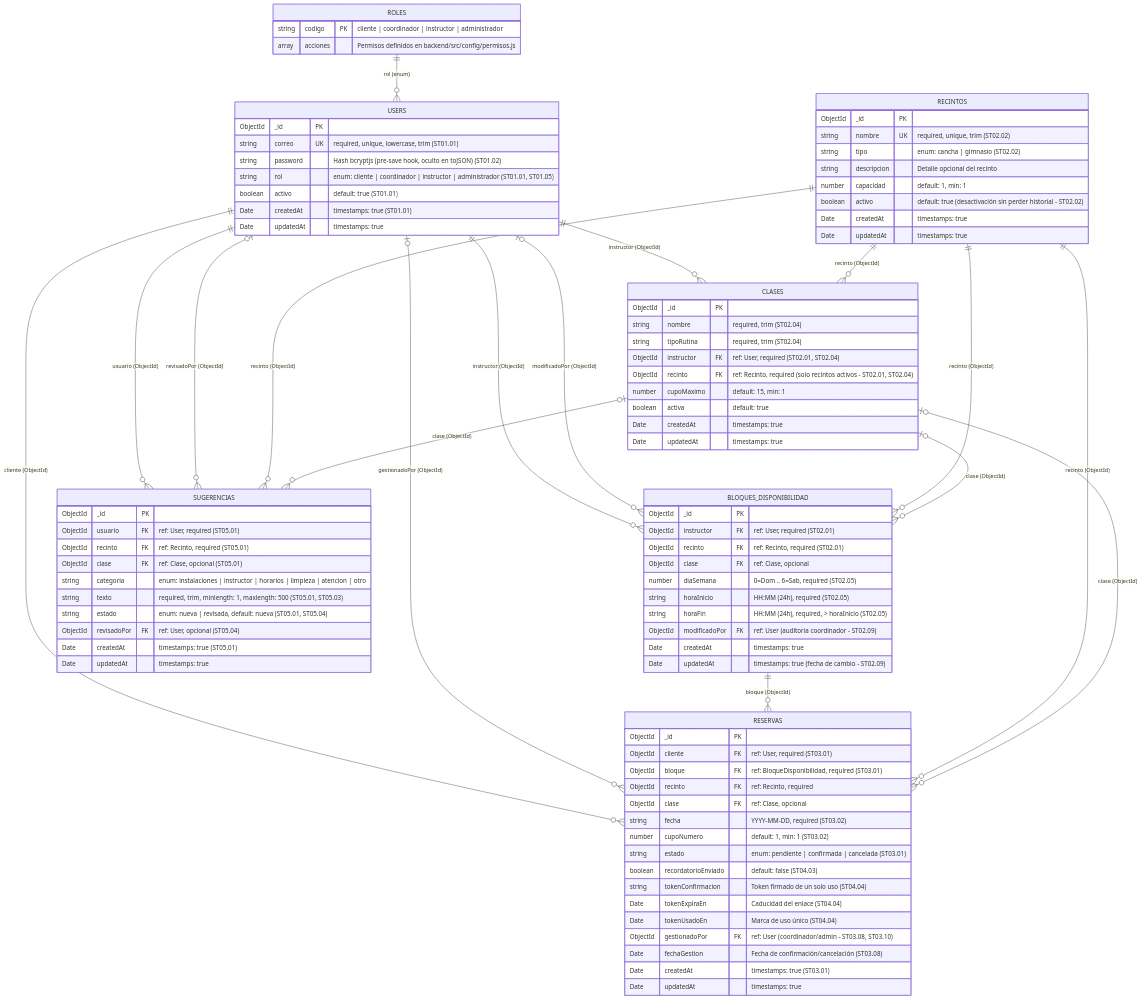
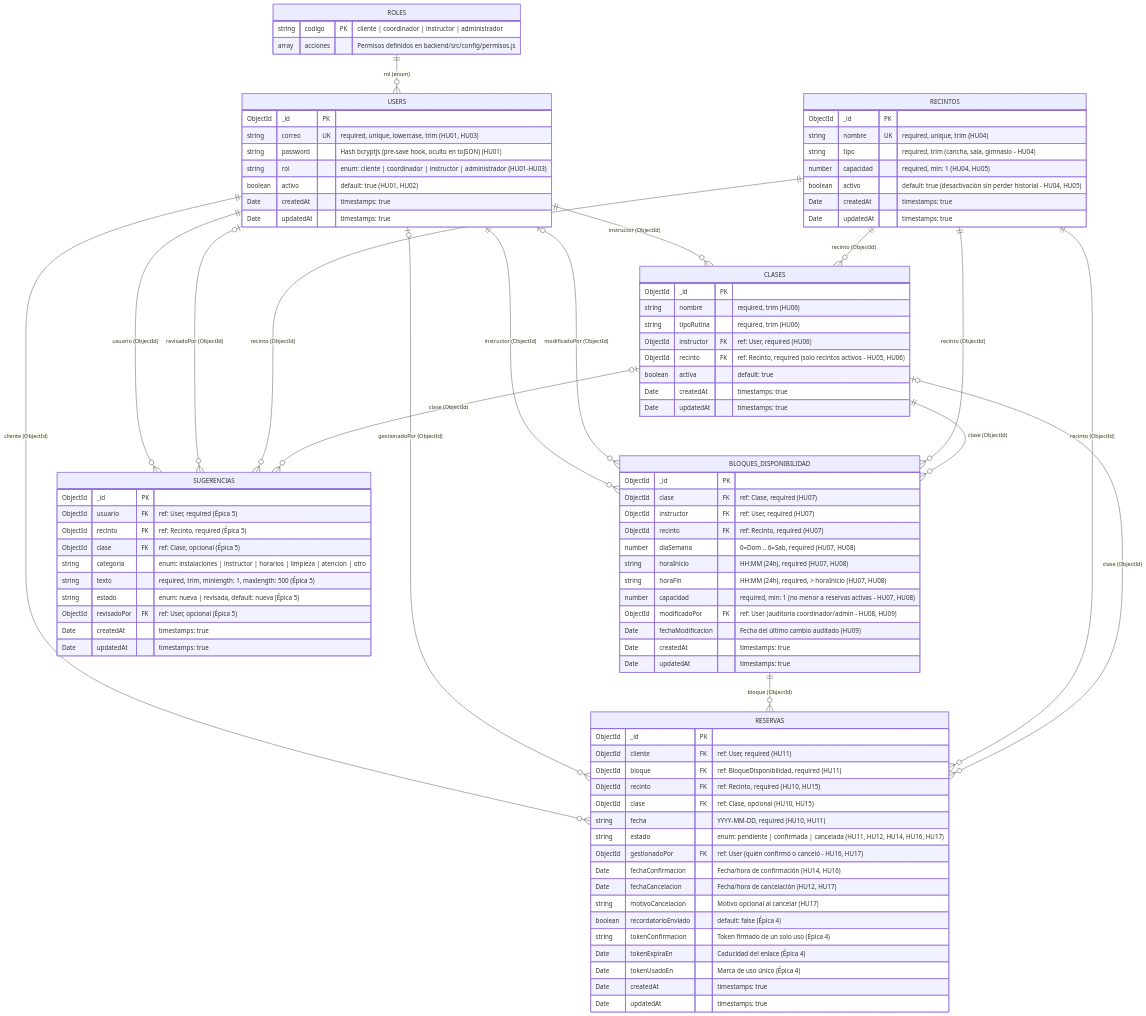
The second of 2 diagrams in docs/modelo_entidad_relacion.md (jlconcepcion/Grupo1_4taCohorte_DesarrolloDeSoftware), drawn with Mermaid before and after one commit. The commit also changed other lines of this file and 24 other files, not shown here.

Commit message:
feat(ST02.01-ST02.11): implementar Sprint 2 gestion de recintos, clases y bloques de horarios (HU04-HU09) y actualizar READMEs

````diff
--- a/docs/modelo_entidad_relacion.md
+++ b/docs/modelo_entidad_relacion.md
@@ -40,7 +40,7 @@
     USERS ||--o{ BLOQUES_DISPONIBILIDAD : "instructor (ObjectId)"
     USERS |o--o{ BLOQUES_DISPONIBILIDAD : "modificadoPor (ObjectId)"
     RECINTOS ||--o{ BLOQUES_DISPONIBILIDAD : "recinto (ObjectId)"
-    CLASES |o--o{ BLOQUES_DISPONIBILIDAD : "clase (ObjectId)"
+    CLASES ||--o{ BLOQUES_DISPONIBILIDAD : "clase (ObjectId)"
     USERS ||--o{ RESERVAS : "cliente (ObjectId)"
     USERS |o--o{ RESERVAS : "gestionadoPor (ObjectId)"
     BLOQUES_DISPONIBILIDAD ||--o{ RESERVAS : "bloque (ObjectId)"
@@ -58,32 +58,30 @@
 
     USERS {
         ObjectId _id PK
-        string correo UK "required, unique, lowercase, trim (ST01.01)"
-        string password "Hash bcryptjs (pre-save hook, oculto en toJSON) (ST01.02)"
-        string rol "enum: cliente | coordinador | instructor | administrador (ST01.01, ST01.05)"
-        boolean activo "default: true (ST01.01)"
-        Date createdAt "timestamps: true (ST01.01)"
+        string correo UK "required, unique, lowercase, trim (HU01, HU03)"
+        string password "Hash bcryptjs (pre-save hook, oculto en toJSON) (HU01)"
+        string rol "enum: cliente | coordinador | instructor | administrador (HU01-HU03)"
+        boolean activo "default: true (HU01, HU02)"
+        Date createdAt "timestamps: true"
         Date updatedAt "timestamps: true"
     }
 
     RECINTOS {
         ObjectId _id PK
-        string nombre UK "required, unique, trim (ST02.02)"
-        string tipo "enum: cancha | gimnasio (ST02.02)"
-        string descripcion "Detalle opcional del recinto"
-        number capacidad "default: 1, min: 1"
-        boolean activo "default: true (desactivación sin perder historial - ST02.02)"
+        string nombre UK "required, unique, trim (HU04)"
+        string tipo "required, trim (cancha, sala, gimnasio - HU04)"
+        number capacidad "required, min: 1 (HU04, HU05)"
+        boolean activo "default: true (desactivación sin perder historial - HU04, HU05)"
         Date createdAt "timestamps: true"
         Date updatedAt "timestamps: true"
     }
 
     CLASES {
         ObjectId _id PK
-        string nombre "required, trim (ST02.04)"
-        string tipoRutina "required, trim (ST02.04)"
-        ObjectId instructor FK "ref: User, required (ST02.01, ST02.04)"
-        ObjectId recinto FK "ref: Recinto, required (solo recintos activos - ST02.01, ST02.04)"
-        number cupoMaximo "default: 15, min: 1"
+        string nombre "required, trim (HU06)"
+        string tipoRutina "required, trim (HU06)"
+        ObjectId instructor FK "ref: User, required (HU06)"
+        ObjectId recinto FK "ref: Recinto, required (solo recintos activos - HU05, HU06)"
         boolean activa "default: true"
         Date createdAt "timestamps: true"
         Date updatedAt "timestamps: true"
@@ -91,46 +89,49 @@
 
     BLOQUES_DISPONIBILIDAD {
         ObjectId _id PK
-        ObjectId instructor FK "ref: User, required (ST02.01)"
-        ObjectId recinto FK "ref: Recinto, required (ST02.01)"
-        ObjectId clase FK "ref: Clase, opcional"
-        number diaSemana "0=Dom .. 6=Sab, required (ST02.05)"
-        string horaInicio "HH:MM (24h), required (ST02.05)"
-        string horaFin "HH:MM (24h), required, > horaInicio (ST02.05)"
-        ObjectId modificadoPor FK "ref: User (auditoría coordinador - ST02.09)"
+        ObjectId clase FK "ref: Clase, required (HU07)"
+        ObjectId instructor FK "ref: User, required (HU07)"
+        ObjectId recinto FK "ref: Recinto, required (HU07)"
+        number diaSemana "0=Dom .. 6=Sab, required (HU07, HU08)"
+        string horaInicio "HH:MM (24h), required (HU07, HU08)"
+        string horaFin "HH:MM (24h), required, > horaInicio (HU07, HU08)"
+        number capacidad "required, min: 1 (no menor a reservas activas - HU07, HU08)"
+        ObjectId modificadoPor FK "ref: User (auditoría coordinador/admin - HU08, HU09)"
+        Date fechaModificacion "Fecha del último cambio auditado (HU09)"
         Date createdAt "timestamps: true"
-        Date updatedAt "timestamps: true (fecha de cambio - ST02.09)"
+        Date updatedAt "timestamps: true"
     }
 
     RESERVAS {
         ObjectId _id PK
-        ObjectId cliente FK "ref: User, required (ST03.01)"
-        ObjectId bloque FK "ref: BloqueDisponibilidad, required (ST03.01)"
-        ObjectId recinto FK "ref: Recinto, required"
-        ObjectId clase FK "ref: Clase, opcional"
-        string fecha "YYYY-MM-DD, required (ST03.02)"
-        number cupoNumero "default: 1, min: 1 (ST03.02)"
-        string estado "enum: pendiente | confirmada | cancelada (ST03.01)"
-        boolean recordatorioEnviado "default: false (ST04.03)"
-        string tokenConfirmacion "Token firmado de un solo uso (ST04.04)"
-        Date tokenExpiraEn "Caducidad del enlace (ST04.04)"
-        Date tokenUsadoEn "Marca de uso único (ST04.04)"
-        ObjectId gestionadoPor FK "ref: User (coordinador/admin - ST03.08, ST03.10)"
-        Date fechaGestion "Fecha de confirmación/cancelación (ST03.08)"
-        Date createdAt "timestamps: true (ST03.01)"
+        ObjectId cliente FK "ref: User, required (HU11)"
+        ObjectId bloque FK "ref: BloqueDisponibilidad, required (HU11)"
+        ObjectId recinto FK "ref: Recinto, required (HU10, HU15)"
+        ObjectId clase FK "ref: Clase, opcional (HU10, HU15)"
+        string fecha "YYYY-MM-DD, required (HU10, HU11)"
+        string estado "enum: pendiente | confirmada | cancelada (HU11, HU12, HU14, HU16, HU17)"
+        ObjectId gestionadoPor FK "ref: User (quién confirmó o canceló - HU16, HU17)"
+        Date fechaConfirmacion "Fecha/hora de confirmación (HU14, HU16)"
+        Date fechaCancelacion "Fecha/hora de cancelación (HU12, HU17)"
+        string motivoCancelacion "Motivo opcional al cancelar (HU17)"
+        boolean recordatorioEnviado "default: false (Épica 4)"
+        string tokenConfirmacion "Token firmado de un solo uso (Épica 4)"
+        Date tokenExpiraEn "Caducidad del enlace (Épica 4)"
+        Date tokenUsadoEn "Marca de uso único (Épica 4)"
+        Date createdAt "timestamps: true"
         Date updatedAt "timestamps: true"
     }
 
     SUGERENCIAS {
         ObjectId _id PK
-        ObjectId usuario FK "ref: User, required (ST05.01)"
-        ObjectId recinto FK "ref: Recinto, required (ST05.01)"
-        ObjectId clase FK "ref: Clase, opcional (ST05.01)"
+        ObjectId usuario FK "ref: User, required (Épica 5)"
+        ObjectId recinto FK "ref: Recinto, required (Épica 5)"
+        ObjectId clase FK "ref: Clase, opcional (Épica 5)"
         string categoria "enum: instalaciones | instructor | horarios | limpieza | atencion | otro"
-        string texto "required, trim, minlength: 1, maxlength: 500 (ST05.01, ST05.03)"
-        string estado "enum: nueva | revisada, default: nueva (ST05.01, ST05.04)"
-        ObjectId revisadoPor FK "ref: User, opcional (ST05.04)"
-        Date createdAt "timestamps: true (ST05.01)"
+        string texto "required, trim, minlength: 1, maxlength: 500 (Épica 5)"
+        string estado "enum: nueva | revisada, default: nueva (Épica 5)"
+        ObjectId revisadoPor FK "ref: User, opcional (Épica 5)"
+        Date createdAt "timestamps: true"
         Date updatedAt "timestamps: true"
     }
 ```
````
